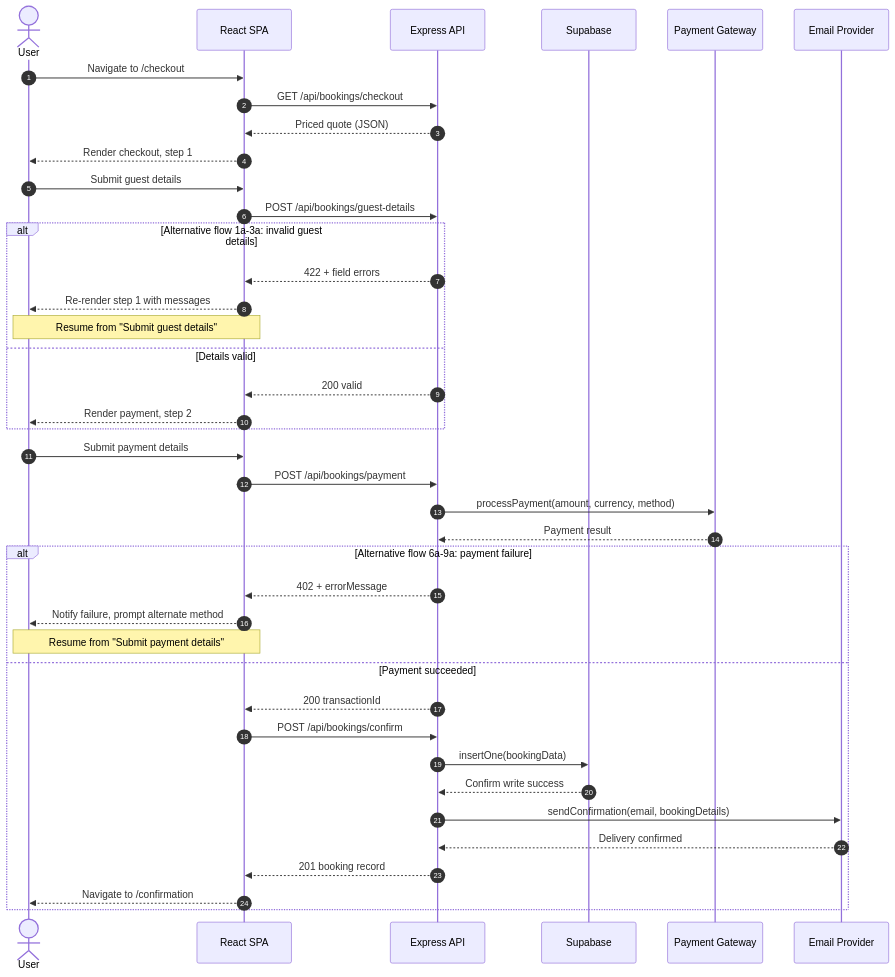
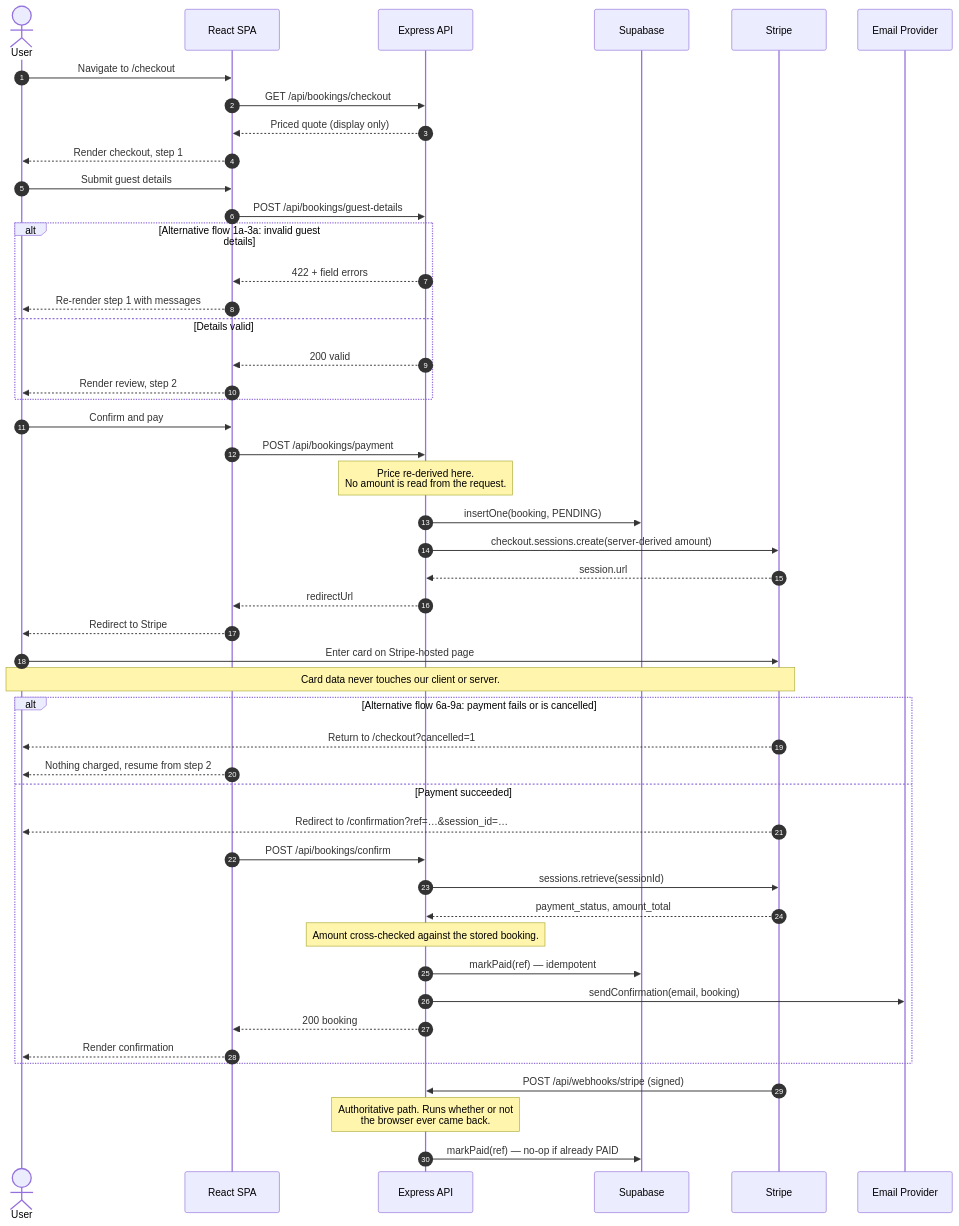
Before and after one commit to nikowee/transcenda-hotels: the third of 3 diagrams in docs/UC4-Book-And-Make-Payment.md, drawn with Mermaid. The commit also changed other lines of this file and 17 other files, not shown here.

First line of the commit message:
feat(booking): UC4 book & make payment flow

````diff
--- a/docs/UC4-Book-And-Make-Payment.md
+++ b/docs/UC4-Book-And-Make-Payment.md
@@ -154,47 +182,57 @@
 ```mermaid
 sequenceDiagram
     autonumber
     actor User
     participant SPA as React SPA
     participant API as Express API
     participant DB as Supabase
-    participant PG as Payment Gateway
+    participant PG as Stripe
     participant EP as Email Provider
 
     User->>SPA: Navigate to /checkout
     SPA->>API: GET /api/bookings/checkout
-    API-->>SPA: Priced quote (JSON)
+    API-->>SPA: Priced quote (display only)
     SPA-->>User: Render checkout, step 1
 
     User->>SPA: Submit guest details
     SPA->>API: POST /api/bookings/guest-details
 
     alt Alternative flow 1a-3a: invalid guest details
         API-->>SPA: 422 + field errors
         SPA-->>User: Re-render step 1 with messages
-        Note over User,SPA: Resume from "Submit guest details"
     else Details valid
         API-->>SPA: 200 valid
-        SPA-->>User: Render payment, step 2
+        SPA-->>User: Render review, step 2
     end
 
-    User->>SPA: Submit payment details
+    User->>SPA: Confirm and pay
     SPA->>API: POST /api/bookings/payment
-    API->>PG: processPayment(amount, currency, method)
-    PG-->>API: Payment result
+    Note over API: Price re-derived here.<br/>No amount is read from the request.
+    API->>DB: insertOne(booking, PENDING)
+    API->>PG: checkout.sessions.create(server-derived amount)
+    PG-->>API: session.url
+    API-->>SPA: redirectUrl
+    SPA-->>User: Redirect to Stripe
 
-    alt Alternative flow 6a-9a: payment failure
-        API-->>SPA: 402 + errorMessage
-        SPA-->>User: Notify failure, prompt alternate method
-        Note over User,SPA: Resume from "Submit payment details"
+    User->>PG: Enter card on Stripe-hosted page
+    Note over User,PG: Card data never touches our client or server.
+
+    alt Alternative flow 6a-9a: payment fails or is cancelled
+        PG-->>User: Return to /checkout?cancelled=1
+        SPA-->>User: Nothing charged, resume from step 2
     else Payment succeeded
-        API-->>SPA: 200 transactionId
+        PG-->>User: Redirect to /confirmation?ref=…&session_id=…
         SPA->>API: POST /api/bookings/confirm
-        API->>DB: insertOne(bookingData)
-        DB-->>API: Confirm write success
-        API->>EP: sendConfirmation(email, bookingDetails)
-        EP-->>API: Delivery confirmed
-        API-->>SPA: 201 booking record
-        SPA-->>User: Navigate to /confirmation
+        API->>PG: sessions.retrieve(sessionId)
+        PG-->>API: payment_status, amount_total
+        Note over API: Amount cross-checked against the stored booking.
+        API->>DB: markPaid(ref) — idempotent
+        API->>EP: sendConfirmation(email, booking)
+        API-->>SPA: 200 booking
+        SPA-->>User: Render confirmation
     end
+
+    PG->>API: POST /api/webhooks/stripe (signed)
+    Note over API: Authoritative path. Runs whether or not<br/>the browser ever came back.
+    API->>DB: markPaid(ref) — no-op if already PAID
 ```
````
